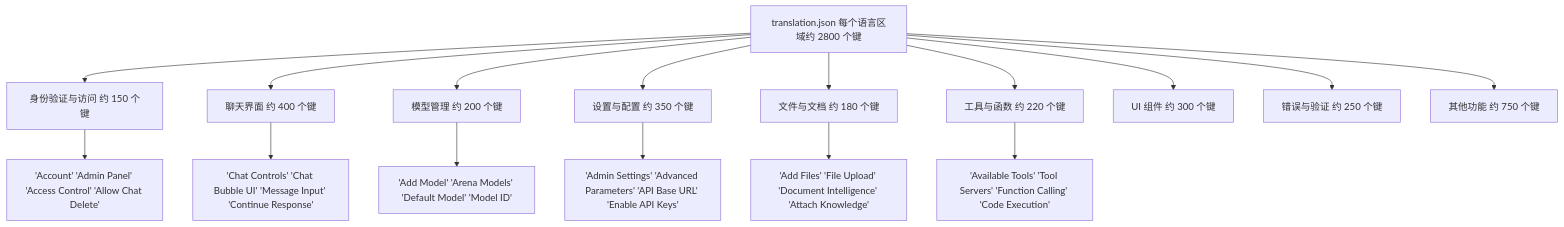
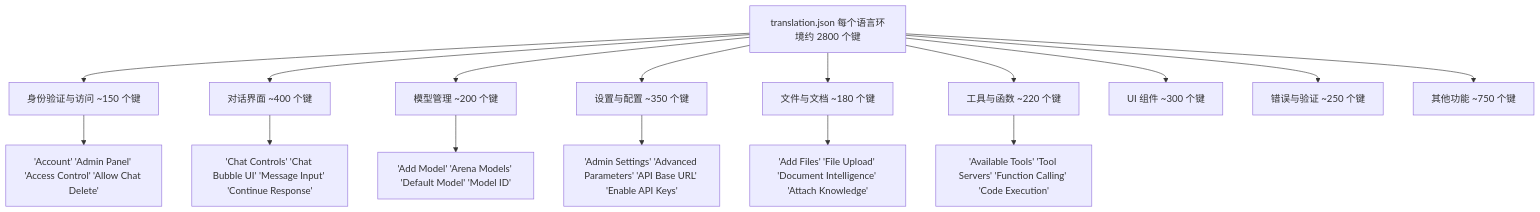
Before and after one commit to Chesszyh/Wiki: the second of 5 diagrams in tests/open-webui_deepwiki/zh/15-internationalization.md, drawn with Mermaid. The commit also changed other lines of this file and 234 other files, not shown here.

````diff
--- a/tests/open-webui_deepwiki/zh/15-internationalization.md
+++ b/tests/open-webui_deepwiki/zh/15-internationalization.md
@@ -125,35 +123,35 @@
 ```mermaid
 flowchart TD
-    TranslationKeys["translation.json 每个语言区域约 2800 个键"]
-    AuthKeys["身份验证与访问 约 150 个键"]
-    ChatKeys["聊天界面 约 400 个键"]
-    ModelKeys["模型管理 约 200 个键"]
-    SettingsKeys["设置与配置 约 350 个键"]
-    FileKeys["文件与文档 约 180 个键"]
-    ToolKeys["工具与函数 约 220 个键"]
-    UIKeys["UI 组件 约 300 个键"]
-    ValidationKeys["错误与验证 约 250 个键"]
-    OtherKeys["其他功能 约 750 个键"]
+    TranslationKeys["translation.json 每个语言环境约 2800 个键"]
+    AuthKeys["身份验证与访问 ~150 个键"]
+    ChatKeys["对话界面 ~400 个键"]
+    ModelKeys["模型管理 ~200 个键"]
+    SettingsKeys["设置与配置 ~350 个键"]
+    FileKeys["文件与文档 ~180 个键"]
+    ToolKeys["工具与函数 ~220 个键"]
+    UIKeys["UI 组件 ~300 个键"]
+    ValidationKeys["错误与验证 ~250 个键"]
+    OtherKeys["其他功能 ~750 个键"]
     AuthEx["'Account' 'Admin Panel' 'Access Control' 'Allow Chat Delete'"]
     ChatEx["'Chat Controls' 'Chat Bubble UI' 'Message Input' 'Continue Response'"]
     ModelEx["'Add Model' 'Arena Models' 'Default Model' 'Model ID'"]
     SettEx["'Admin Settings' 'Advanced Parameters' 'API Base URL' 'Enable API Keys'"]
     FileEx["'Add Files' 'File Upload' 'Document Intelligence' 'Attach Knowledge'"]
     ToolEx["'Available Tools' 'Tool Servers' 'Function Calling' 'Code Execution'"]
 
     TranslationKeys --> AuthKeys
     TranslationKeys --> ChatKeys
     TranslationKeys --> ModelKeys
     TranslationKeys --> SettingsKeys
     TranslationKeys --> FileKeys
     TranslationKeys --> ToolKeys
     TranslationKeys --> UIKeys
     TranslationKeys --> ValidationKeys
     TranslationKeys --> OtherKeys
     AuthKeys --> AuthEx
     ChatKeys --> ChatEx
     ModelKeys --> ModelEx
     SettingsKeys --> SettEx
     FileKeys --> FileEx
     ToolKeys --> ToolEx
 ```
````
